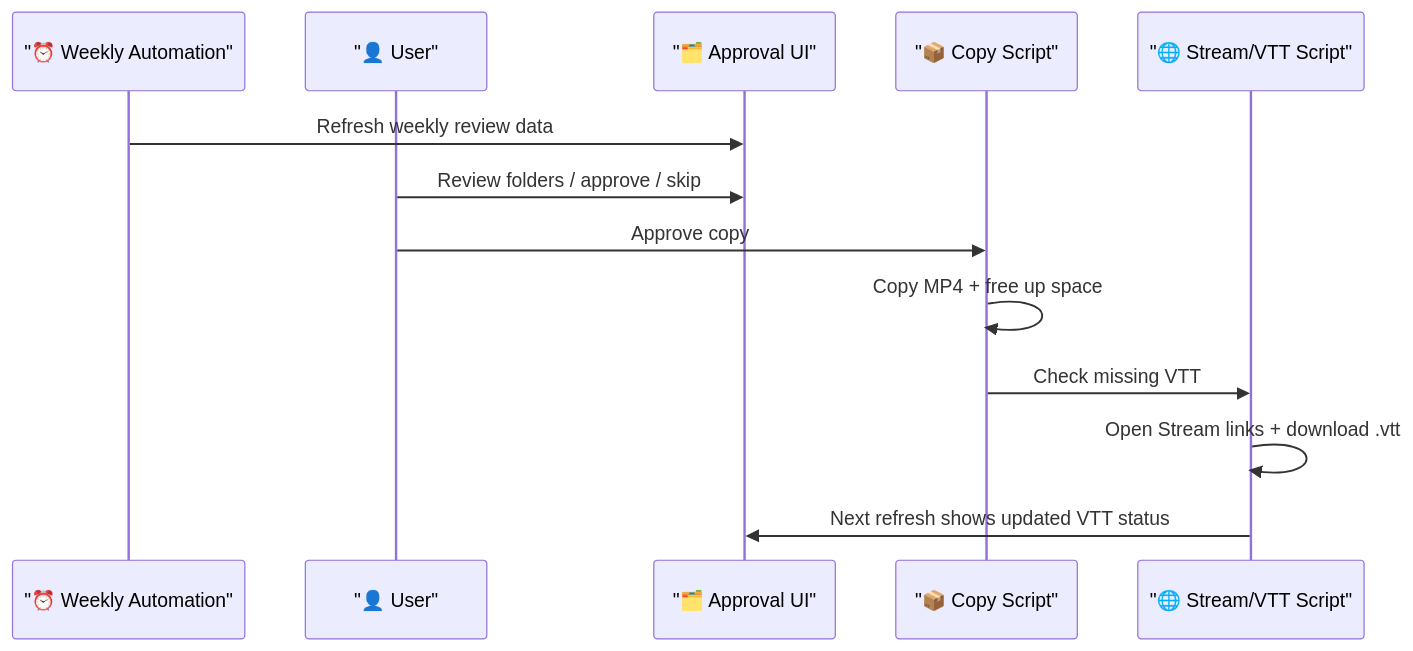
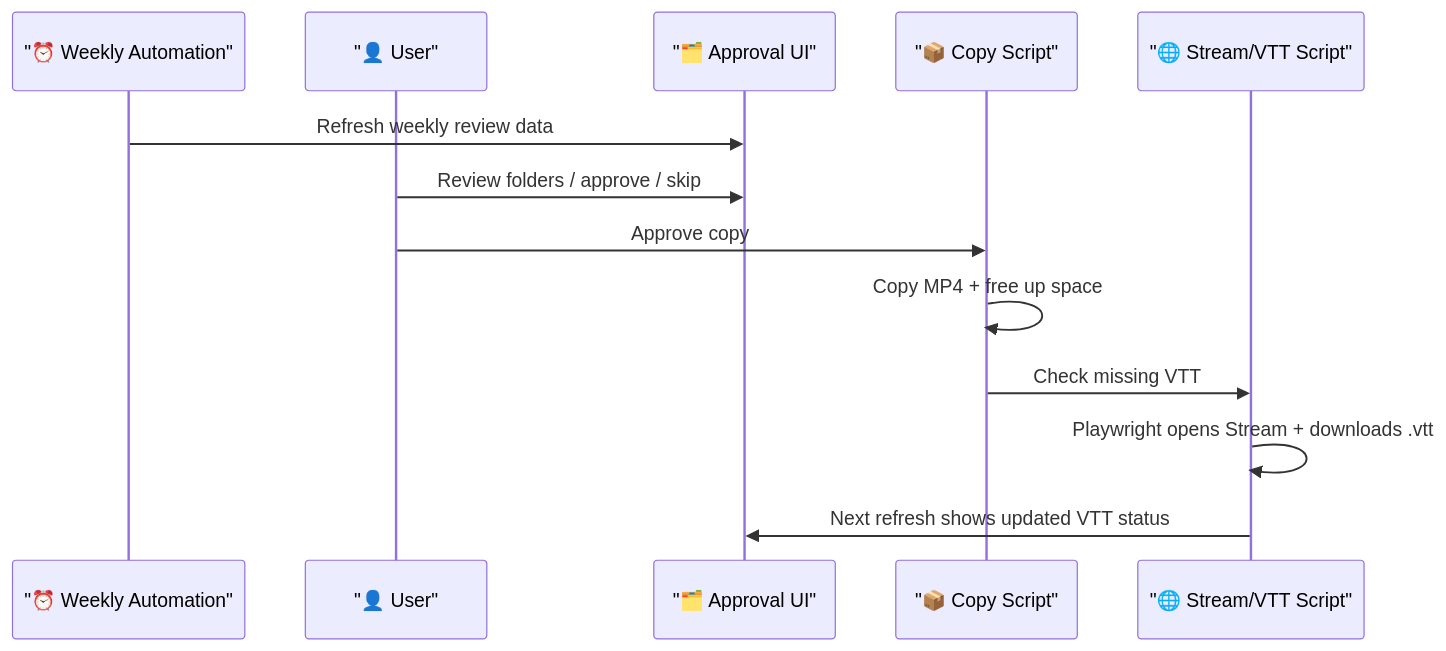
Before and after one commit to teohsinyee/teams-recording-filing-ops: the fifth of 5 diagrams in docs/recording-automation-overview.md, drawn with Mermaid. The commit also changed other lines of this file, not shown here.

Commit message:
docs: expand automation flow diagrams

````diff
--- a/docs/recording-automation-overview.md
+++ b/docs/recording-automation-overview.md
@@ -59,16 +138,16 @@
 ```mermaid
 sequenceDiagram
     participant T as "⏰ Weekly Automation"
     participant U as "👤 User"
     participant UI as "🗂️ Approval UI"
     participant C as "📦 Copy Script"
     participant S as "🌐 Stream/VTT Script"
 
     T->>UI: Refresh weekly review data
     U->>UI: Review folders / approve / skip
     U->>C: Approve copy
     C->>C: Copy MP4 + free up space
     C->>S: Check missing VTT
-    S->>S: Open Stream links + download .vtt
+    S->>S: Playwright opens Stream + downloads .vtt
     S->>UI: Next refresh shows updated VTT status
 ```
````
